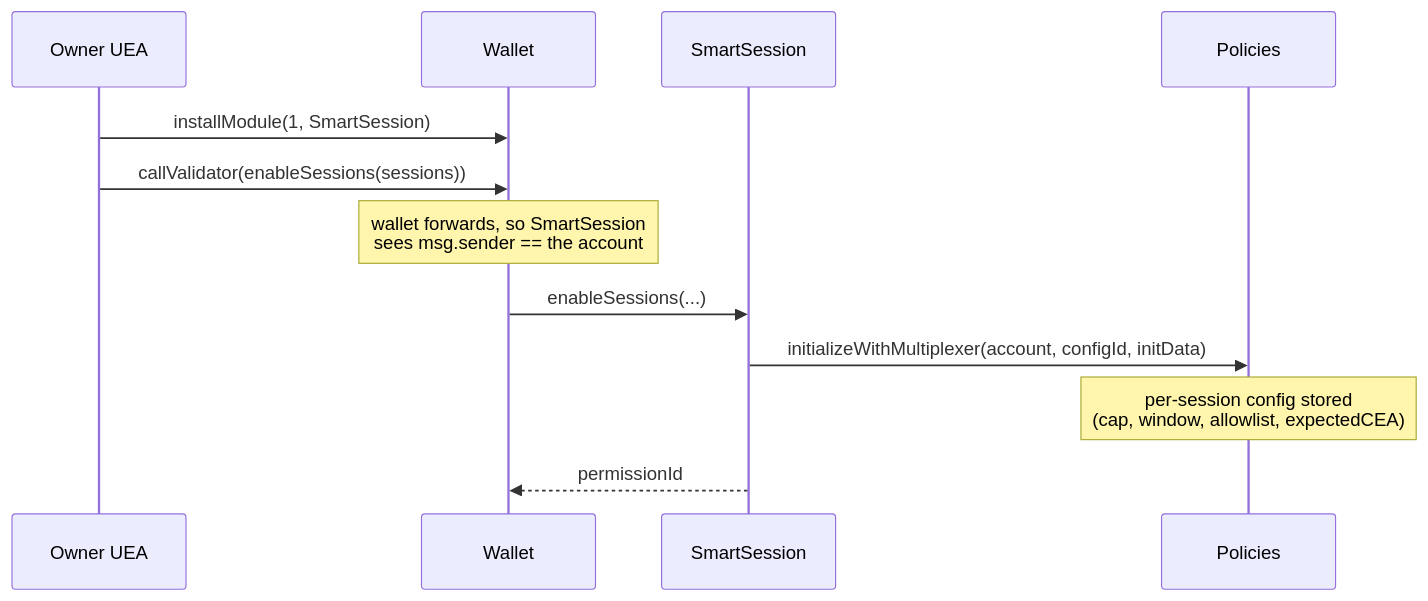
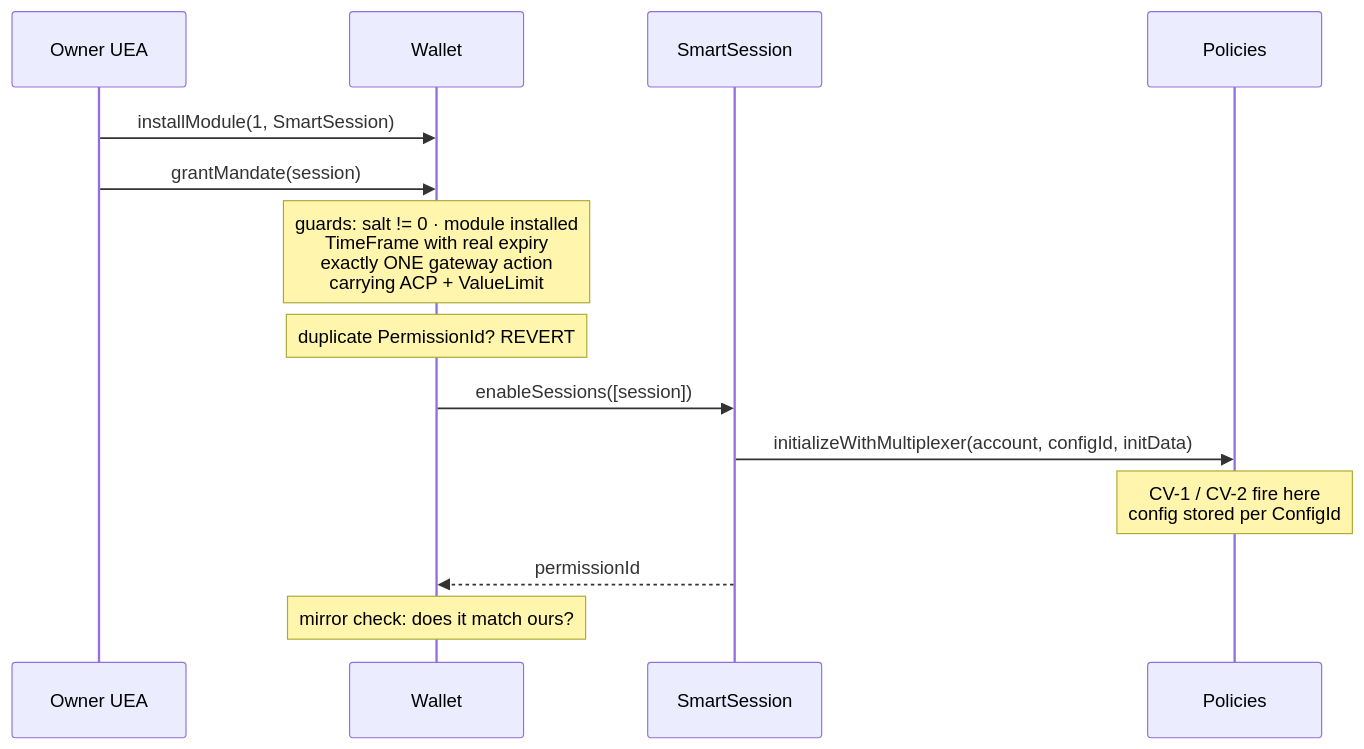
One commit to HusseinAdeiza/push-agentic-wallets changed the ninth of 9 diagrams in docs/modules.md. Above: the diagram before and after it, drawn with Mermaid. The commit also changed other lines of this file and 6 other files, not shown here.

````diff
--- a/docs/modules.md
+++ b/docs/modules.md
@@ -385,15 +467,17 @@
 ```mermaid
 sequenceDiagram
     participant O as Owner UEA
     participant W as Wallet
     participant SS as SmartSession
     participant P as Policies
 
     O->>W: installModule(1, SmartSession)
-    O->>W: callValidator(enableSessions(sessions))
-    Note over W: wallet forwards, so SmartSession<br/>sees msg.sender == the account
-    W->>SS: enableSessions(...)
+    O->>W: grantMandate(session)
+    Note over W: guards: salt != 0 · module installed<br/>TimeFrame with real expiry<br/>exactly ONE gateway action<br/>carrying ACP + ValueLimit
+    Note over W: duplicate PermissionId? REVERT
+    W->>SS: enableSessions([session])
     SS->>P: initializeWithMultiplexer(account, configId, initData)
-    Note over P: per-session config stored<br/>(cap, window, allowlist, expectedCEA)
+    Note over P: CV-1 / CV-2 fire here<br/>config stored per ConfigId
     SS-->>W: permissionId
+    Note over W: mirror check: does it match ours?
 ```
````
